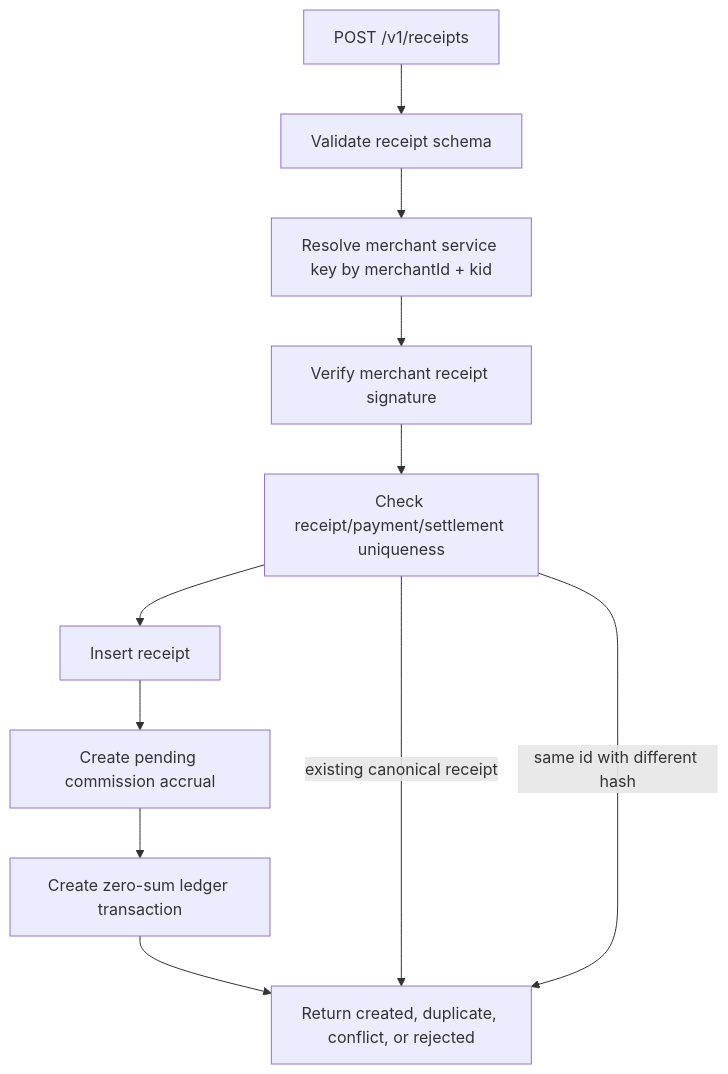
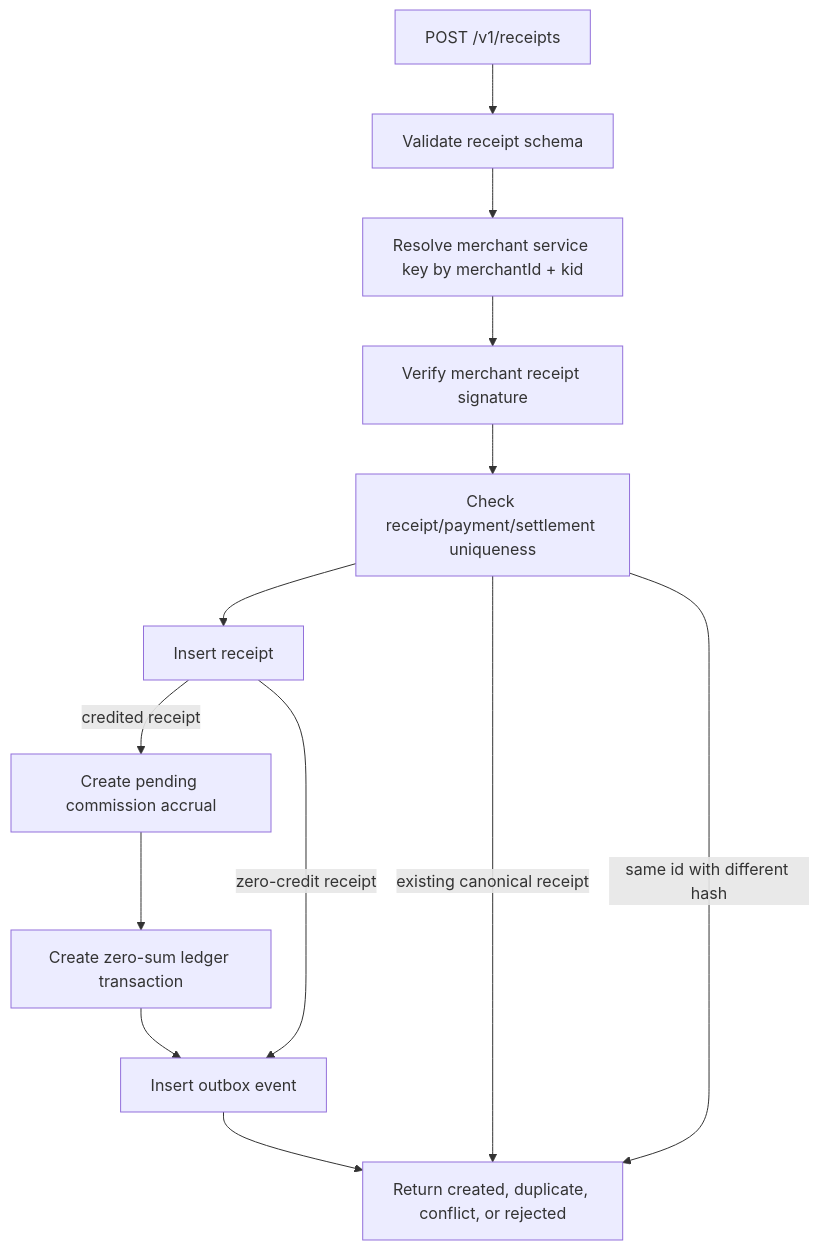
The fourth of 5 diagrams in README.md (split402protocol/splitx402), drawn with Mermaid before and after one commit. The commit also changed other lines of this file and 9 other files, not shown here.

Commit message:
Add outbox event persistence

````diff
--- a/README.md
+++ b/README.md
@@ -142,23 +143,26 @@
 ```mermaid
 flowchart TD
   Submit["POST /v1/receipts"]
   Schema["Validate receipt schema"]
   Key["Resolve merchant service key by merchantId + kid"]
   Signature["Verify merchant receipt signature"]
   Idempotency["Check receipt/payment/settlement uniqueness"]
   Receipt["Insert receipt"]
   Accrual["Create pending commission accrual"]
   Ledger["Create zero-sum ledger transaction"]
+  Outbox["Insert outbox event"]
   Response["Return created, duplicate, conflict, or rejected"]
 
   Submit --> Schema
   Schema --> Key
   Key --> Signature
   Signature --> Idempotency
   Idempotency --> Receipt
-  Receipt --> Accrual
+  Receipt -->|"credited receipt"| Accrual
   Accrual --> Ledger
-  Ledger --> Response
+  Ledger --> Outbox
+  Receipt -->|"zero-credit receipt"| Outbox
+  Outbox --> Response
   Idempotency -->|"existing canonical receipt"| Response
   Idempotency -->|"same id with different hash"| Response
 ```
````
